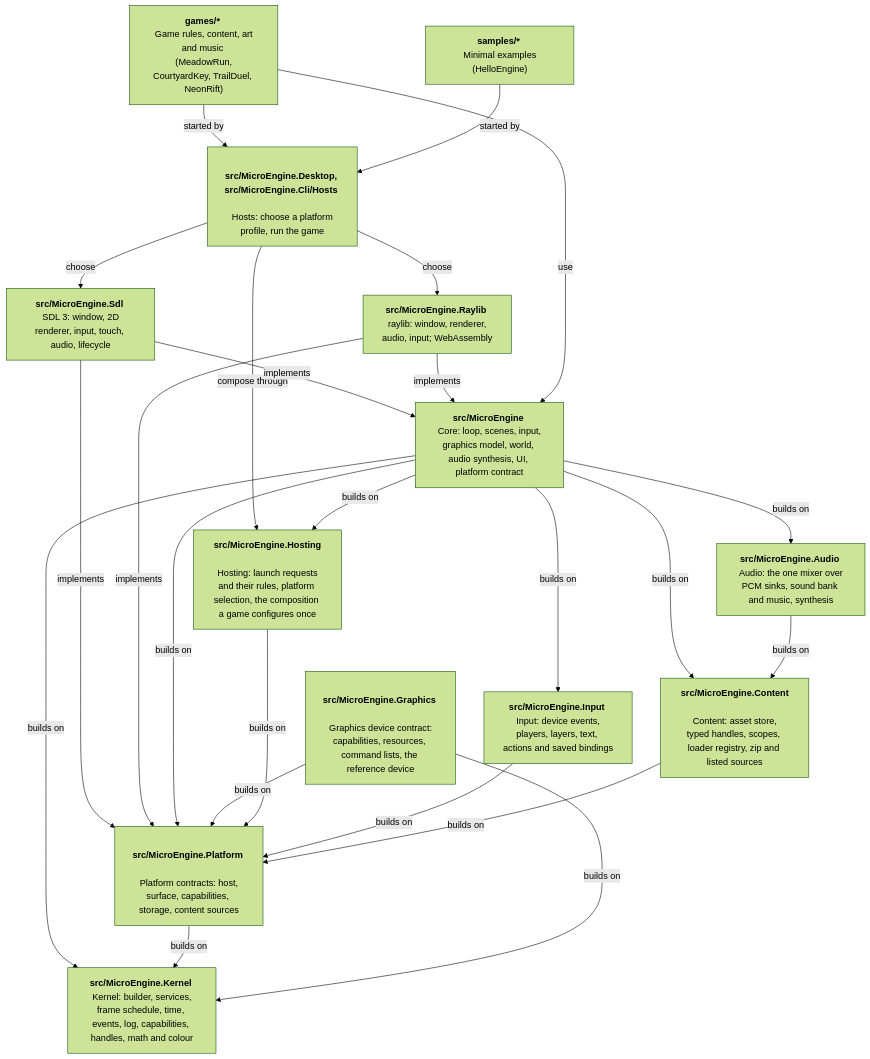
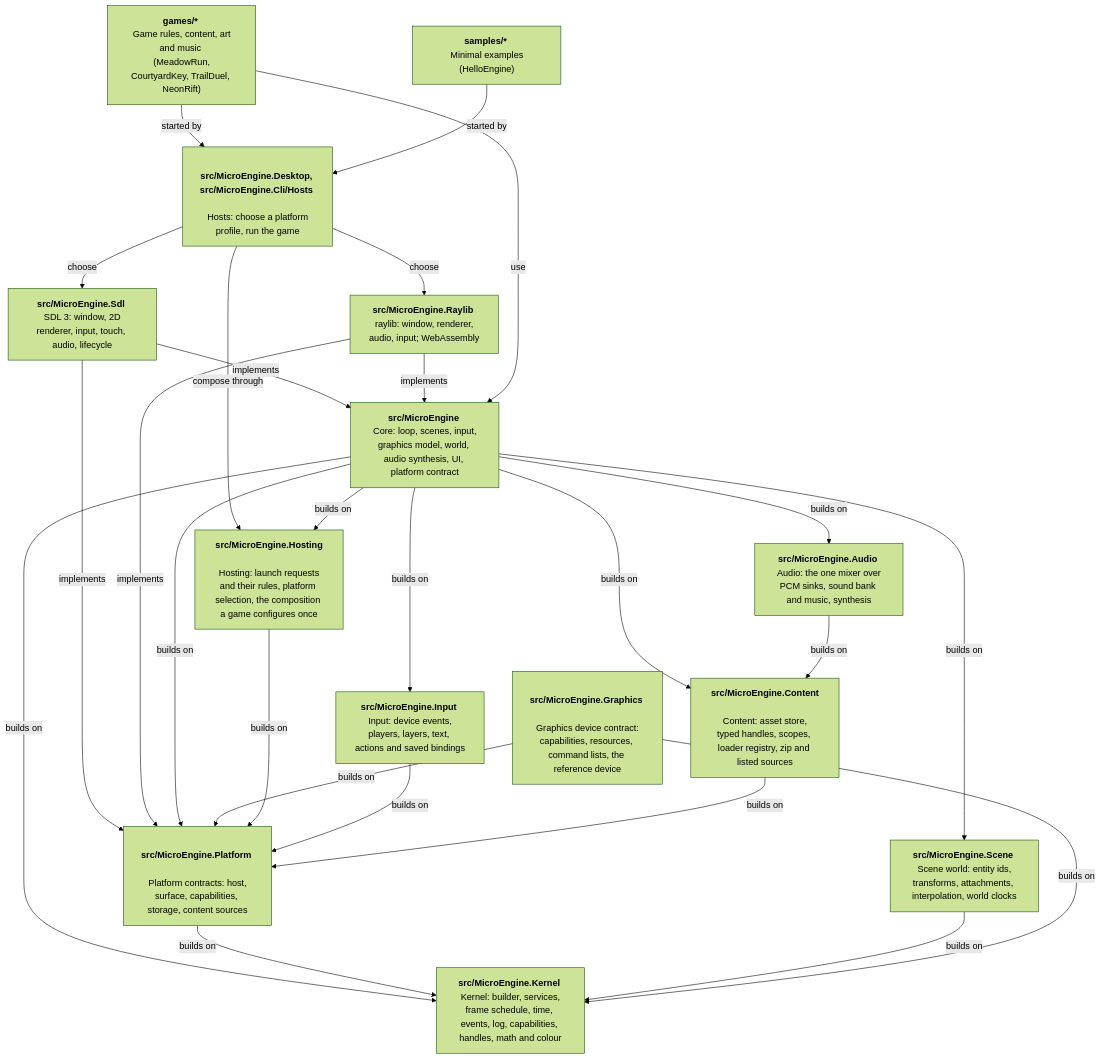
One commit to NastMz/MicroEngine changed the diagram in docs/architecture.md. Above: the diagram before and after it, drawn with Mermaid (forest theme). The commit also changed other lines of this file and 26 other files, not shown here.

First line of the commit message:
feat(scene): MicroEngine.Scene world (IWorld, SceneWorld, EntityId, Transform, WorldClock) with its conformance suite

````diff
--- a/docs/architecture.md
+++ b/docs/architecture.md
@@ -11,41 +11,44 @@
 ```mermaid
 flowchart TB
   accTitle: Layers
   accDescr: Games and samples start through the hosts, which compose them through hosting and offer the SDL and raylib backends; both implement the platform contract, which builds on the kernel.
   games["<b> games/* </b> <br/> Game rules, content, art and music <br/> (MeadowRun, CourtyardKey, TrailDuel, NeonRift)"]
   samples["<b> samples/* </b> <br/> Minimal examples (HelloEngine)"]
   hosts["<b> src/MicroEngine.Desktop, src/MicroEngine.Cli/Hosts </b> <br/> Hosts: choose a platform profile, run the game"]
   sdl["<b> src/MicroEngine.Sdl </b> <br/> SDL 3: window, 2D renderer, input, touch, audio, lifecycle"]
   raylib["<b> src/MicroEngine.Raylib </b> <br/> raylib: window, renderer, audio, input; WebAssembly"]
   core["<b> src/MicroEngine </b> <br/> Core: loop, scenes, input, graphics model, world, audio synthesis, UI, platform contract"]
   platform["<b> src/MicroEngine.Platform </b> <br/> Platform contracts: host, surface, capabilities, storage, content sources"]
   graphics["<b> src/MicroEngine.Graphics </b> <br/> Graphics device contract: capabilities, resources, command lists, the reference device"]
   input["<b> src/MicroEngine.Input </b> <br/> Input: device events, players, layers, text, actions and saved bindings"]
   hosting["<b> src/MicroEngine.Hosting </b> <br/> Hosting: launch requests and their rules, platform selection, the composition a game configures once"]
   content["<b> src/MicroEngine.Content </b> <br/> Content: asset store, typed handles, scopes, loader registry, zip and listed sources"]
   audio["<b> src/MicroEngine.Audio </b> <br/> Audio: the one mixer over PCM sinks, sound bank and music, synthesis"]
+  scene["<b> src/MicroEngine.Scene </b> <br/> Scene world: entity ids, transforms, attachments, interpolation, world clocks"]
   kernel["<b> src/MicroEngine.Kernel </b> <br/> Kernel: builder, services, frame schedule, time, events, log, capabilities, handles, math and colour"]
   games -- started by --> hosts
   samples -- started by --> hosts
   hosts -- choose --> sdl
   hosts -- choose --> raylib
   hosts -- compose through --> hosting
   sdl -- implements --> core
   raylib -- implements --> core
   sdl -- implements --> platform
   raylib -- implements --> platform
   games -- use --> core
   core -- builds on --> platform
   core -- builds on --> kernel
   platform -- builds on --> kernel
+  core -- builds on --> scene
+  scene -- builds on --> kernel
   graphics -- builds on --> platform
   graphics -- builds on --> kernel
   core -- builds on --> hosting
   hosting -- builds on --> platform
   core -- builds on --> input
   input -- builds on --> platform
   core -- builds on --> content
   content -- builds on --> platform
   core -- builds on --> audio
   audio -- builds on --> content
 ```
````
